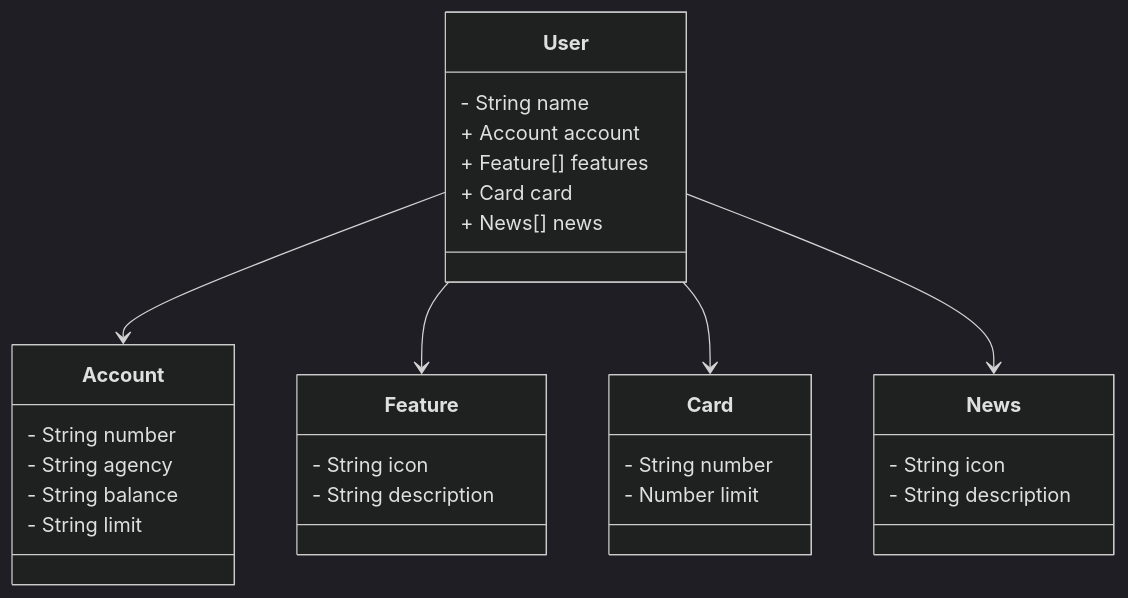
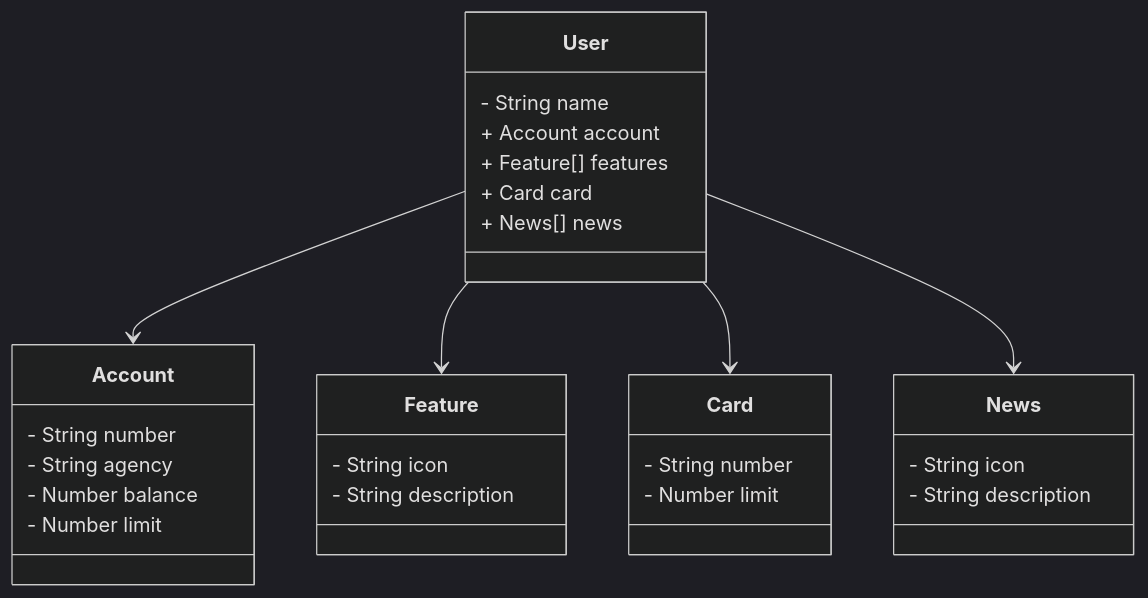
The diagram in README.md (cairessandy/santander-dev-week), drawn with Mermaid (dark theme) before and after one commit.

````diff
--- a/README.md
+++ b/README.md
@@ -5,38 +5,38 @@
 ```mermaid
 classDiagram
     class User {
         - String name
         + Account account
         + Feature[] features
         + Card card
         + News[] news
     }
 
     class Account {
         - String number
         - String agency
-        - String balance
-        - String limit
+        - Number balance
+        - Number limit
     }
 
     class Feature {
         - String icon
         - String description
     }
 
     class Card {
         - String number
         - Number limit
     }
 
     class News {
         - String icon
         - String description
     }
 
     User --> Account
     User --> Feature
     User --> Card
     User --> News
 
 ```
````
